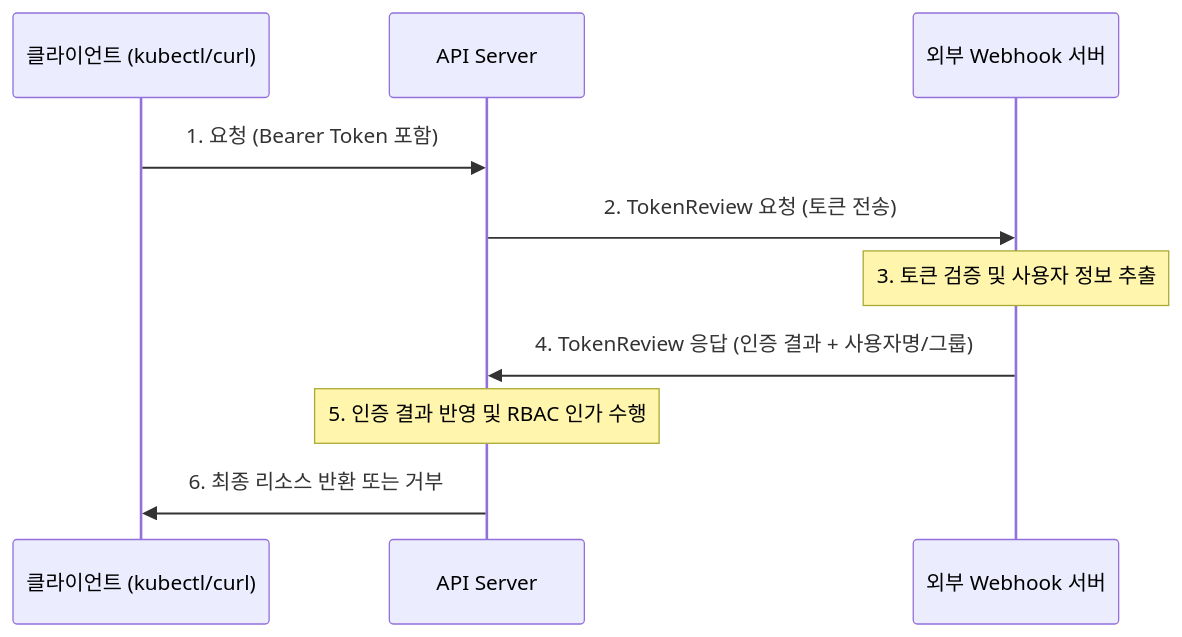
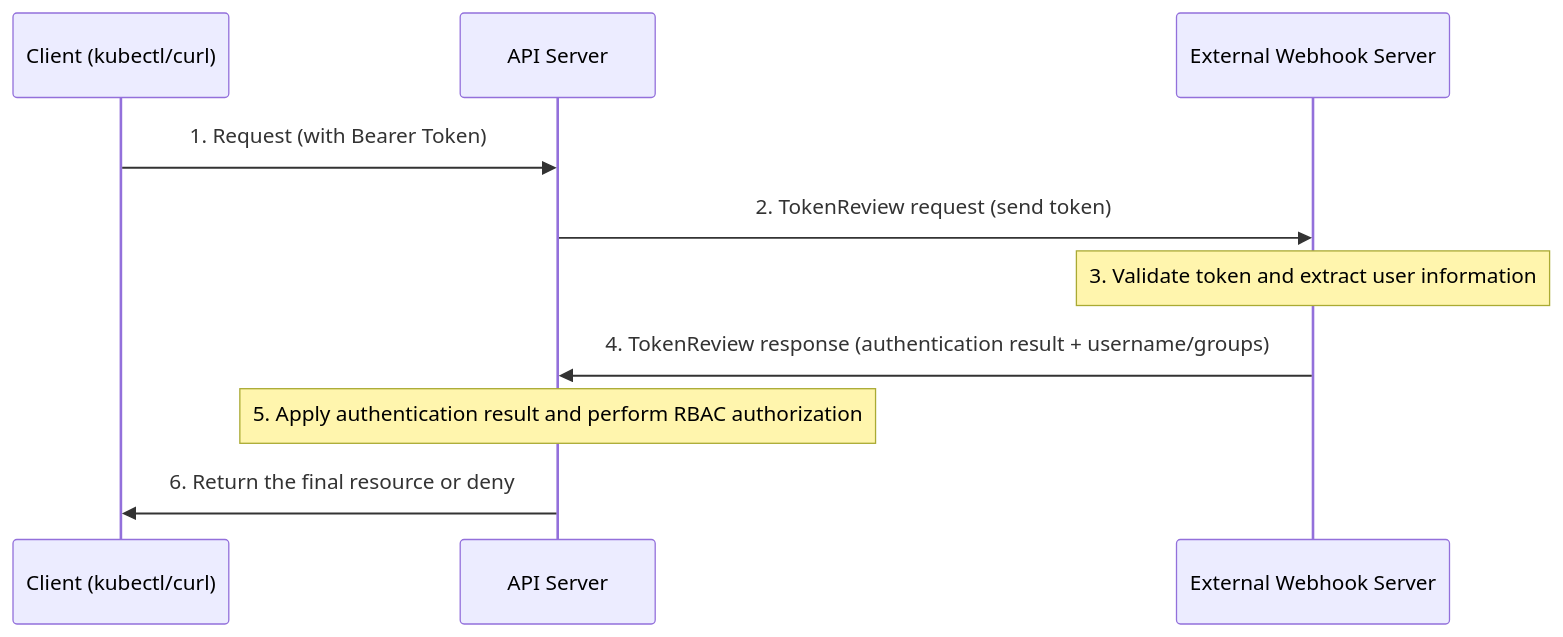
One commit to jeonck/k8s-adv changed the diagram in content/security/04-implementation/33-webhook-token-auth-concept.md. Above: the diagram before and after it, drawn with Mermaid. The commit also changed other lines of this file and 223 other files, not shown here.

````diff
--- a/content/security/04-implementation/33-webhook-token-auth-concept.md
+++ b/content/security/04-implementation/33-webhook-token-auth-concept.md
@@ -27,13 +27,13 @@
 ```mermaid
 sequenceDiagram
-    participant C as 클라이언트 (kubectl/curl)
+    participant C as Client (kubectl/curl)
     participant A as API Server
-    participant W as 외부 Webhook 서버
+    participant W as External Webhook Server
     
-    C->>A: 1. 요청 (Bearer Token 포함)
-    A->>W: 2. TokenReview 요청 (토큰 전송)
-    Note over W: 3. 토큰 검증 및 사용자 정보 추출
-    W->>A: 4. TokenReview 응답 (인증 결과 + 사용자명/그룹)
-    Note over A: 5. 인증 결과 반영 및 RBAC 인가 수행
-    A->>C: 6. 최종 리소스 반환 또는 거부
+    C->>A: 1. Request (with Bearer Token)
+    A->>W: 2. TokenReview request (send token)
+    Note over W: 3. Validate token and extract user information
+    W->>A: 4. TokenReview response (authentication result + username/groups)
+    Note over A: 5. Apply authentication result and perform RBAC authorization
+    A->>C: 6. Return the final resource or deny
 ```
````
